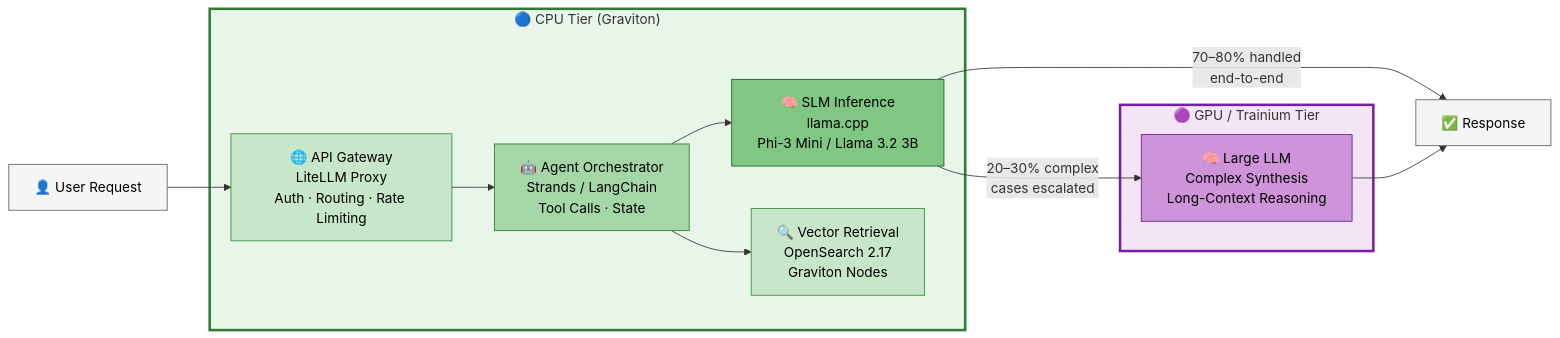
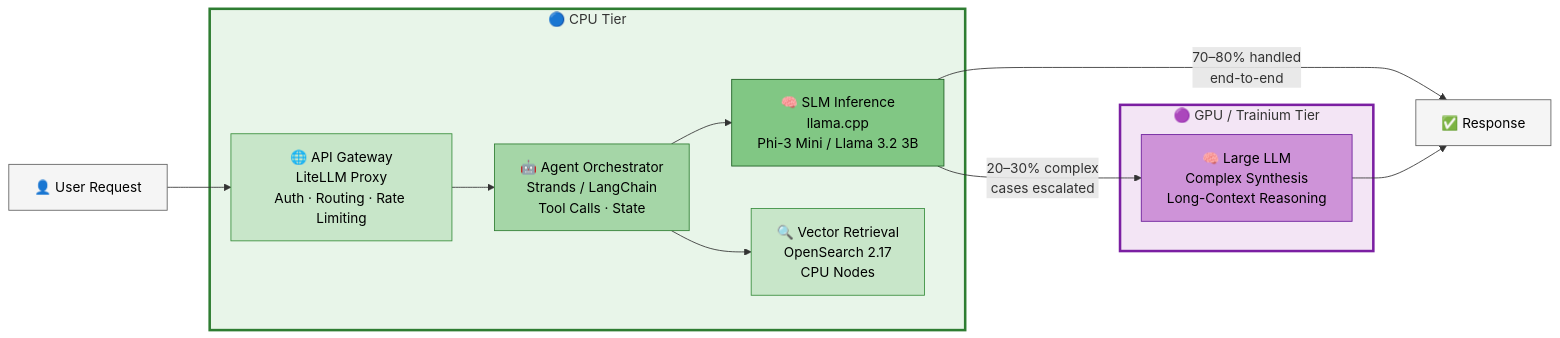
Before and after one commit to chrismld/ai-on-eks: the second of 4 diagrams in website/docs/guidance/cpu-inference.md, drawn with Mermaid. The commit also changed other lines of this file, not shown here.

````diff
--- a/website/docs/guidance/cpu-inference.md
+++ b/website/docs/guidance/cpu-inference.md
@@ -164,34 +158,34 @@
 ```mermaid
 flowchart LR
     User["👤 User Request"] --> GW
 
-    subgraph CPU_Tier ["🔵 CPU Tier (Graviton)"]
+    subgraph CPU_Tier ["🔵 CPU Tier"]
         GW["🌐 API Gateway<br/>LiteLLM Proxy<br/>Auth · Routing · Rate Limiting"]
         Agent["🤖 Agent Orchestrator<br/>Strands / LangChain<br/>Tool Calls · State"]
         SLM["🧠 SLM Inference<br/>llama.cpp<br/>Phi-3 Mini / Llama 3.2 3B"]
-        Vector["🔍 Vector Retrieval<br/>OpenSearch 2.17<br/>Graviton Nodes"]
+        Vector["🔍 Vector Retrieval<br/>OpenSearch 2.17<br/>CPU Nodes"]
 
         GW --> Agent
         Agent --> SLM
         Agent --> Vector
     end
 
     subgraph GPU_Tier ["🟣 GPU / Trainium Tier"]
         LLM["🧠 Large LLM<br/>Complex Synthesis<br/>Long-Context Reasoning"]
     end
 
     SLM -->|"70–80% handled<br/>end-to-end"| Response["✅ Response"]
     SLM -->|"20–30% complex<br/>cases escalated"| LLM
     LLM --> Response
 
     style CPU_Tier fill:#e8f5e9,stroke:#2e7d32,stroke-width:3px
     style GPU_Tier fill:#f3e5f5,stroke:#7b1fa2,stroke-width:3px
 
     style User fill:#f5f5f5,stroke:#616161,color:#000
     style GW fill:#c8e6c9,stroke:#388e3c,color:#000
     style Agent fill:#a5d6a7,stroke:#2e7d32,color:#000
     style SLM fill:#81c784,stroke:#1b5e20,color:#000
     style Vector fill:#c8e6c9,stroke:#388e3c,color:#000
     style LLM fill:#ce93d8,stroke:#6a1b9a,color:#000
     style Response fill:#f5f5f5,stroke:#616161,color:#000
 ```
````
